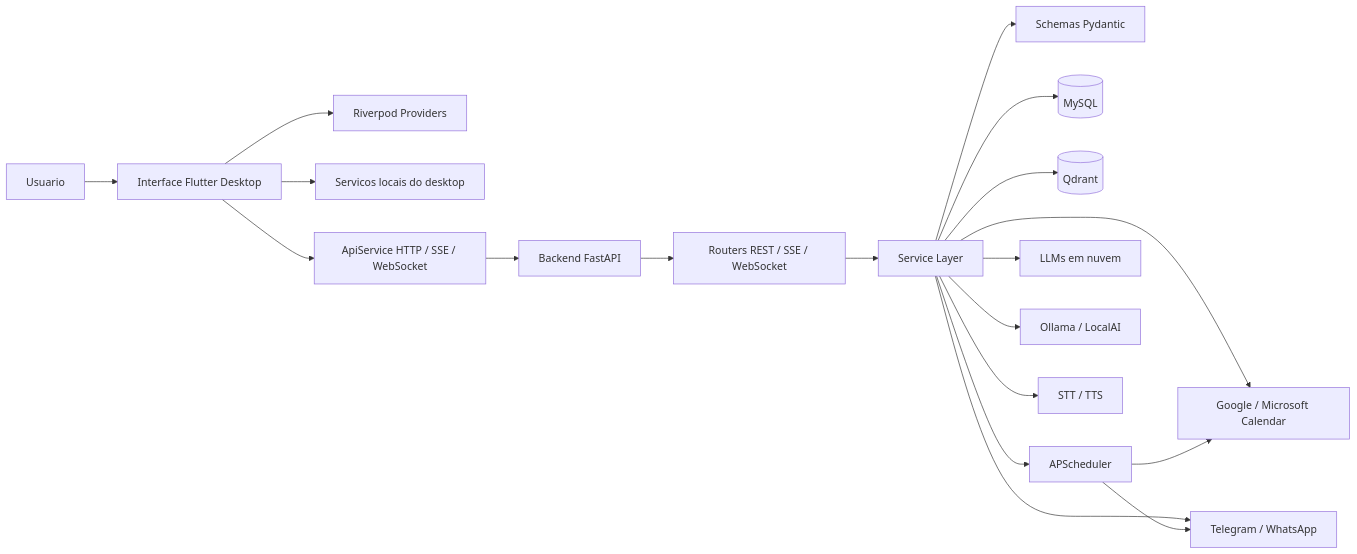
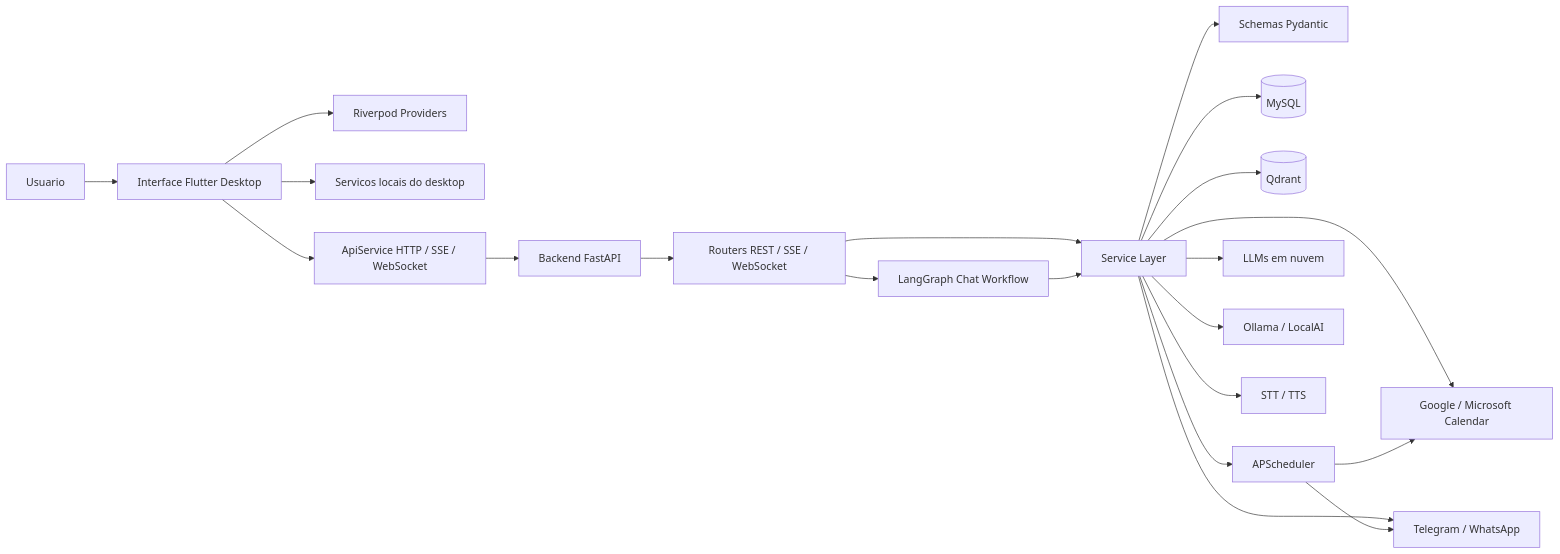
The first of 4 diagrams in README.md (m4n1nh0/assistant_app), drawn with Mermaid before and after one commit. The commit also changed other lines of this file and 7 other files, not shown here.

Commit message:
feat(backend): integrar LangGraph ao fluxo de chat

````diff
--- a/README.md
+++ b/README.md
@@ -52,25 +52,27 @@
 ```mermaid
 flowchart LR
     User[Usuario] --> UI[Interface Flutter Desktop]
 
     UI --> State[Riverpod Providers]
     UI --> LocalServices[Servicos locais do desktop]
     UI --> ApiClient[ApiService HTTP / SSE / WebSocket]
 
     ApiClient --> FastAPI[Backend FastAPI]
 
     FastAPI --> Routers[Routers REST / SSE / WebSocket]
+    Routers --> ChatGraph[LangGraph Chat Workflow]
     Routers --> Services[Service Layer]
+    ChatGraph --> Services
     Services --> Models[Schemas Pydantic]
     Services --> DB[(MySQL)]
     Services --> Vector[(Qdrant)]
     Services --> Scheduler[APScheduler]
     Services --> LLMs[LLMs em nuvem]
     Services --> Ollama[Ollama / LocalAI]
     Services --> Calendar[Google / Microsoft Calendar]
     Services --> Notify[Telegram / WhatsApp]
     Services --> Voice[STT / TTS]
 
     Scheduler --> Calendar
     Scheduler --> Notify
 ```
````
